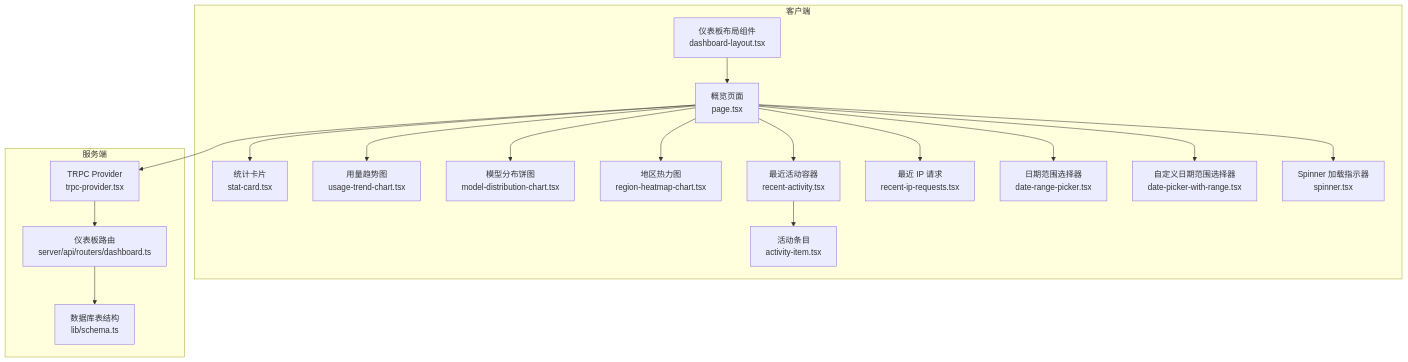
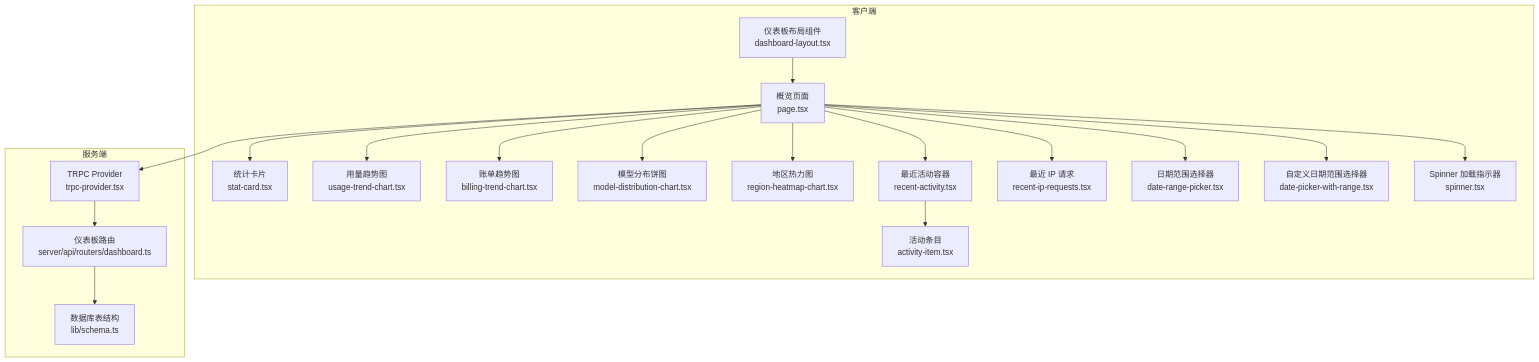
Before and after one commit to RadiumAg/AIGate: the first of 18 diagrams in .qoder/repowiki/zh/content/管理后台界面/仪表板概览.md, drawn with Mermaid. The commit also changed other lines of this file and 22 other files, not shown here.

First line of the commit message:
feat(dashboard): 新增账单趋势图表及四列响应式布局

````diff
--- a/.qoder/repowiki/zh/content/管理后台界面/仪表板概览.md
+++ b/.qoder/repowiki/zh/content/管理后台界面/仪表板概览.md
@@ -56,36 +58,38 @@
 ```mermaid
 graph TB
 subgraph "客户端"
 DL["仪表板布局组件<br/>dashboard-layout.tsx"]
 HP["概览页面<br/>page.tsx"]
 SC["统计卡片<br/>stat-card.tsx"]
 UTC["用量趋势图<br/>usage-trend-chart.tsx"]
+BTC["账单趋势图<br/>billing-trend-chart.tsx"]
 MDC["模型分布饼图<br/>model-distribution-chart.tsx"]
 RHC["地区热力图<br/>region-heatmap-chart.tsx"]
 RA["最近活动容器<br/>recent-activity.tsx"]
 AI["活动条目<br/>activity-item.tsx"]
 RIR["最近 IP 请求<br/>recent-ip-requests.tsx"]
 DRP["日期范围选择器<br/>date-range-picker.tsx"]
 DPWR["自定义日期范围选择器<br/>date-picker-with-range.tsx"]
 SP["Spinner 加载指示器<br/>spinner.tsx"]
 end
 subgraph "服务端"
 TR["TRPC Provider<br/>trpc-provider.tsx"]
 DR["仪表板路由<br/>server/api/routers/dashboard.ts"]
 DB["数据库表结构<br/>lib/schema.ts"]
 end
 DL --> HP
 HP --> DRP
 HP --> DPWR
 HP --> SC
 HP --> UTC
+HP --> BTC
 HP --> MDC
 HP --> RHC
 HP --> RA
 RA --> AI
 HP --> RIR
 HP --> SP
 HP --> TR
 TR --> DR
 DR --> DB
 ```
````
